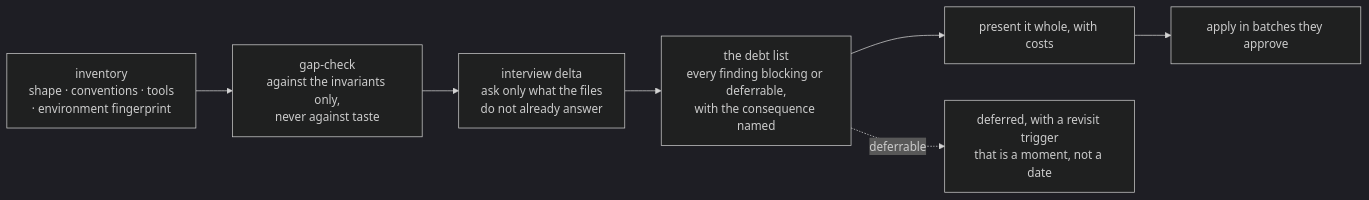
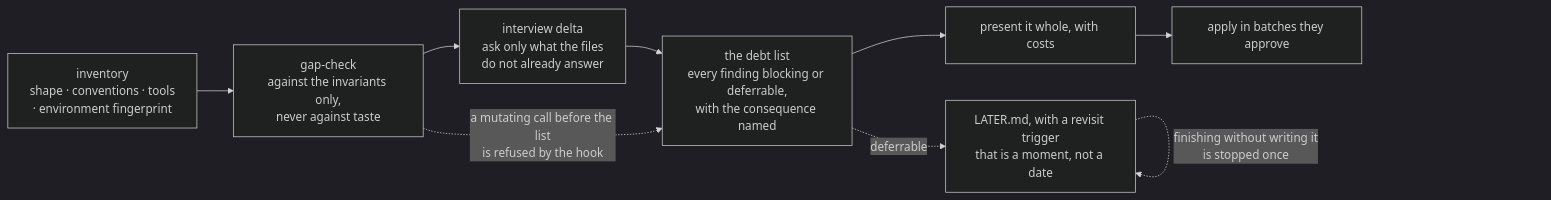
One commit to jamillazarev/opsinist changed diagram 14 of 21 in diagrams.md. Above: the diagram before and after it, drawn with Mermaid (dark theme). The commit also changed other lines of this file and 27 other files, not shown here.

````diff
--- a/diagrams.md
+++ b/diagrams.md
@@ -272,9 +275,11 @@
 ```mermaid
 flowchart LR
   I[inventory<br/>shape · conventions · tools<br/>· environment fingerprint] --> G[gap-check<br/>against the invariants only,<br/>never against taste]
   G --> D[interview delta<br/>ask only what the files<br/>do not already answer]
   D --> L[the debt list<br/>every finding blocking or deferrable,<br/>with the consequence named]
   L --> P[present it whole, with costs]
   P --> A[apply in batches they approve]
-  L -.->|deferrable| R[deferred, with a revisit trigger<br/>that is a moment, not a date]
+  L -.->|deferrable| R[LATER.md, with a revisit trigger<br/>that is a moment, not a date]
+  G -. "a mutating call before the list<br/>is refused by the hook" .-> L
+  R -. "finishing without writing it<br/>is stopped once" .-> R
 ```
````
